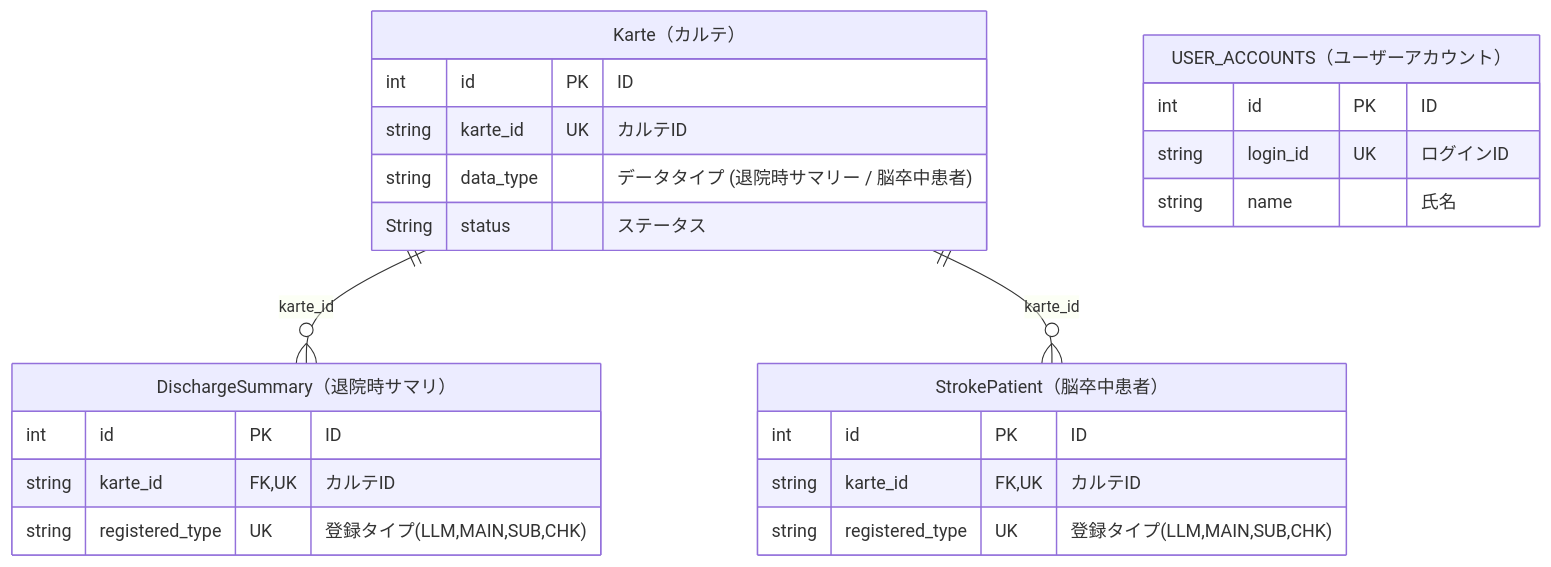
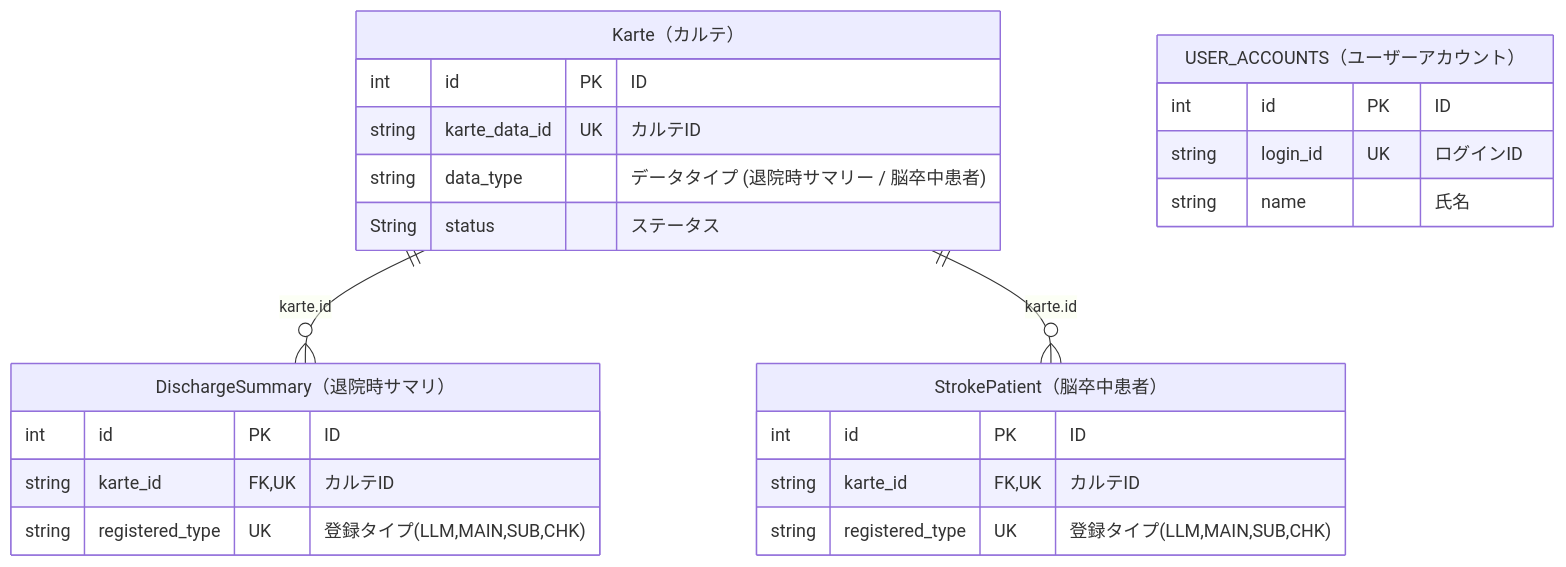
One commit to CreCo-dev/abeja_medical_LLM_annotation changed the diagram in README.md. Above: the diagram before and after it, drawn with Mermaid. The commit also changed other lines of this file, not shown here.

````diff
--- a/README.md
+++ b/README.md
@@ -134,28 +123,28 @@
 ```mermaid
 erDiagram
-    Karte（カルテ） ||--o{ DischargeSummary（退院時サマリ） : "karte_id"
-    Karte（カルテ） ||--o{ StrokePatient（脳卒中患者） : "karte_id"
+    Karte（カルテ） ||--o{ DischargeSummary（退院時サマリ） : "karte.id"
+    Karte（カルテ） ||--o{ StrokePatient（脳卒中患者） : "karte.id"
 
     Karte（カルテ） {
         int id PK "ID"
-        string karte_id UK "カルテID"
+        string karte_data_id UK "カルテID"
         string data_type "データタイプ (退院時サマリー / 脳卒中患者)"
         String status "ステータス"
     }
     DischargeSummary（退院時サマリ） {
         int id PK "ID"
         string karte_id FK,UK "カルテID"
         string registered_type UK "登録タイプ(LLM,MAIN,SUB,CHK)"
     }
     StrokePatient（脳卒中患者） {
         int id PK "ID"
         string karte_id FK,UK "カルテID"
         string registered_type UK "登録タイプ(LLM,MAIN,SUB,CHK)"
     }
     USER_ACCOUNTS（ユーザーアカウント） {
         int id PK "ID"
         string login_id UK "ログインID"
         string name "氏名"
     }
 
 ```
````
